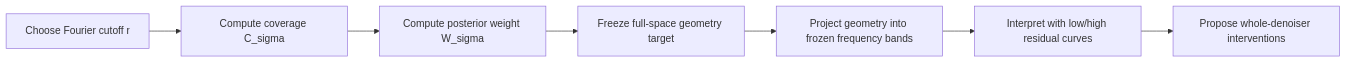
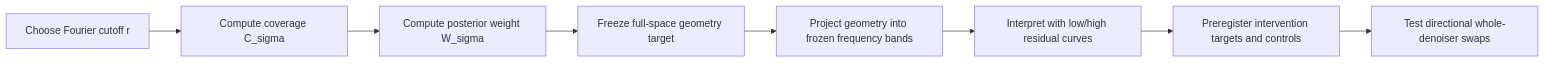
The first of 2 diagrams in README.md (xinyugao233/spectral-diffusion-playground), drawn with Mermaid before and after one commit. The commit also changed other lines of this file and 1 other file, not shown here.

````diff
--- a/README.md
+++ b/README.md
@@ -34,9 +70,10 @@
 ```mermaid
 flowchart LR
     A[Choose Fourier cutoff r] --> B[Compute coverage C_sigma]
     B --> C[Compute posterior weight W_sigma]
     C --> D[Freeze full-space geometry target]
     D --> E[Project geometry into frozen frequency bands]
     E --> F[Interpret with low/high residual curves]
-    F --> G[Propose whole-denoiser interventions]
+    F --> G[Preregister intervention targets and controls]
+    G --> H[Test directional whole-denoiser swaps]
 ```
````
